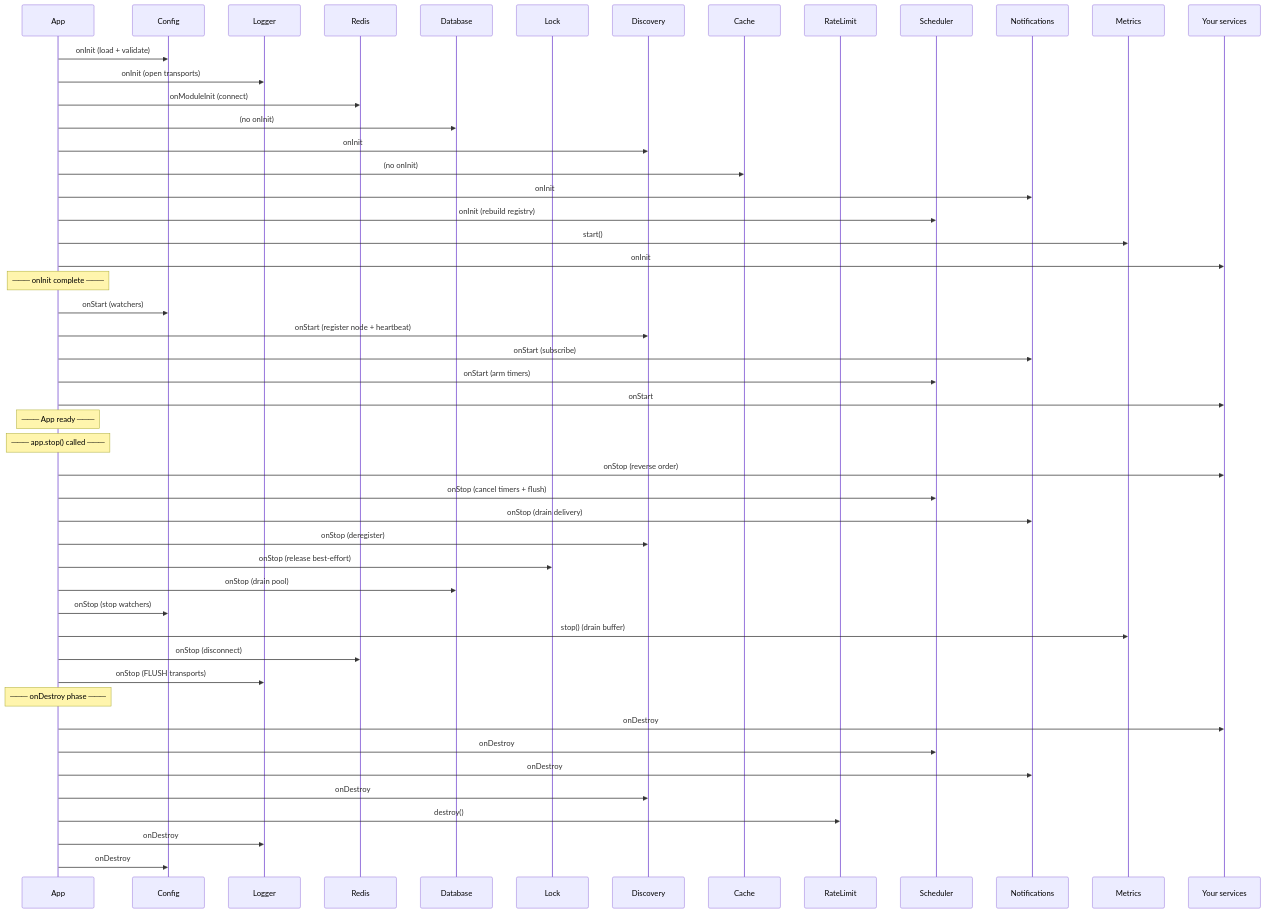
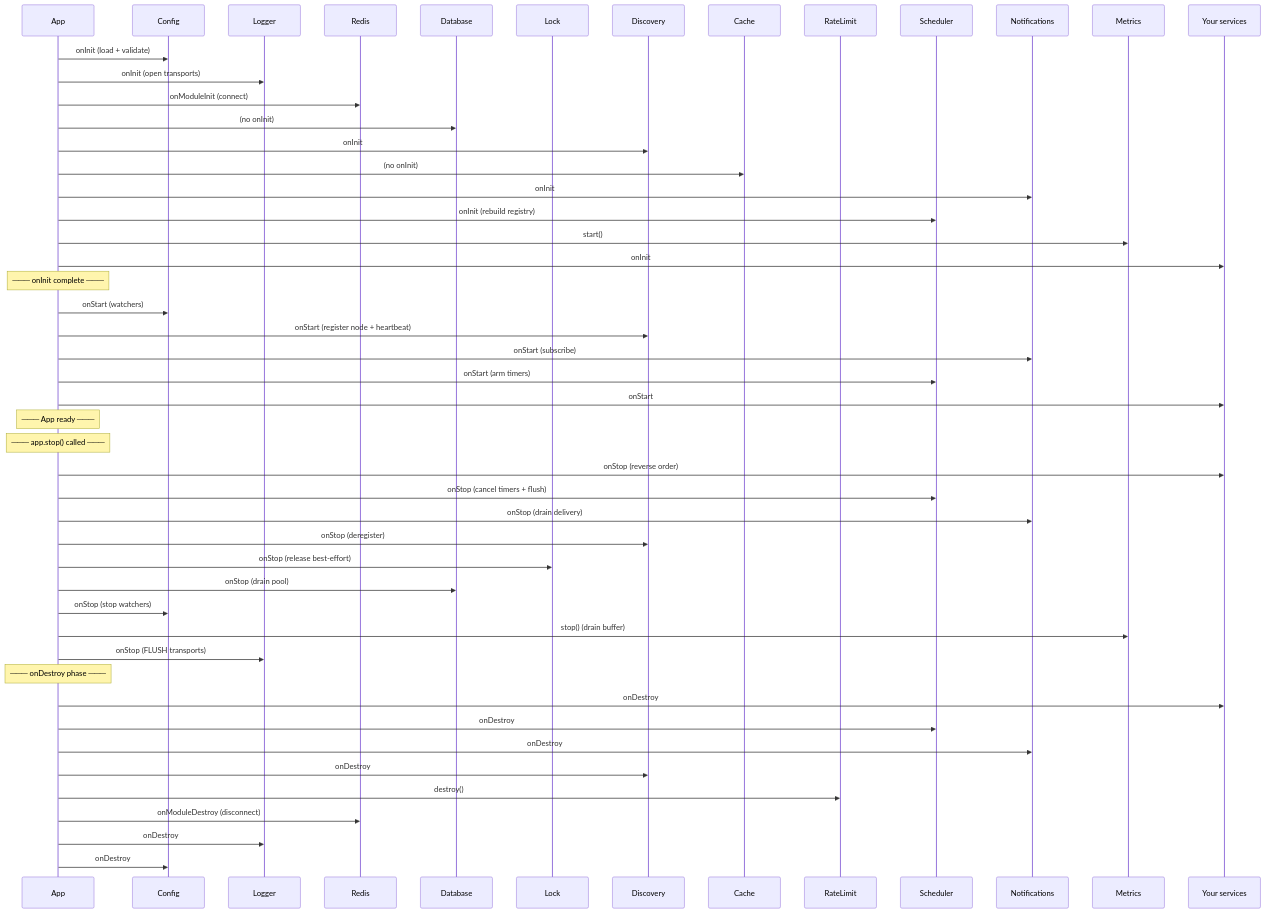
Before and after one commit to omnitron-dev/website: the diagram in docs/titan/modules/lifecycle-reference.mdx, drawn with Mermaid. The commit also changed other lines of this file and 30 other files, not shown here.

````diff
--- a/docs/titan/modules/lifecycle-reference.mdx
+++ b/docs/titan/modules/lifecycle-reference.mdx
@@ -246,58 +250,58 @@
 ```mermaid
 sequenceDiagram
   participant App
   participant Config
   participant Logger
   participant Redis
   participant DB as Database
   participant Lock
   participant Disc as Discovery
   participant Cache
   participant RL as RateLimit
   participant Sched as Scheduler
   participant Notif as Notifications
   participant Metr as Metrics
   participant User as Your services
 
   App->>Config: onInit (load + validate)
   App->>Logger: onInit (open transports)
   App->>Redis: onModuleInit (connect)
   App->>DB: (no onInit)
   App->>Disc: onInit
   App->>Cache: (no onInit)
   App->>Notif: onInit
   App->>Sched: onInit (rebuild registry)
   App->>Metr: start()
   App->>User: onInit
 
   Note over App: ─── onInit complete ───
 
   App->>Config: onStart (watchers)
   App->>Disc: onStart (register node + heartbeat)
   App->>Notif: onStart (subscribe)
   App->>Sched: onStart (arm timers)
   App->>User: onStart
 
   Note over App: ─── App ready ───
   Note over App: ─── app.stop() called ───
 
   App->>User: onStop (reverse order)
   App->>Sched: onStop (cancel timers + flush)
   App->>Notif: onStop (drain delivery)
   App->>Disc: onStop (deregister)
   App->>Lock: onStop (release best-effort)
   App->>DB: onStop (drain pool)
   App->>Config: onStop (stop watchers)
   App->>Metr: stop() (drain buffer)
-  App->>Redis: onStop (disconnect)
   App->>Logger: onStop (FLUSH transports)
 
   Note over App: ─── onDestroy phase ───
   App->>User: onDestroy
   App->>Sched: onDestroy
   App->>Notif: onDestroy
   App->>Disc: onDestroy
   App->>RL: destroy()
+  App->>Redis: onModuleDestroy (disconnect)
   App->>Logger: onDestroy
   App->>Config: onDestroy
 ```
````
